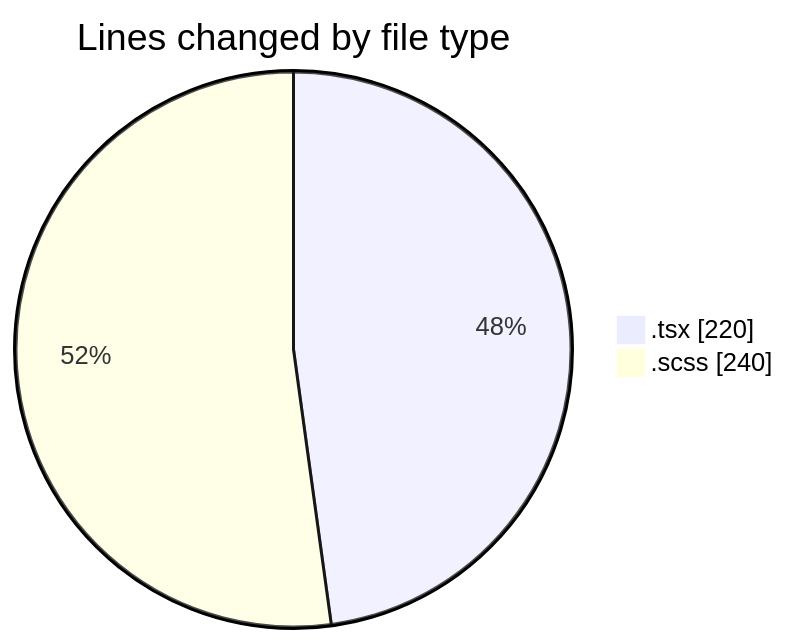
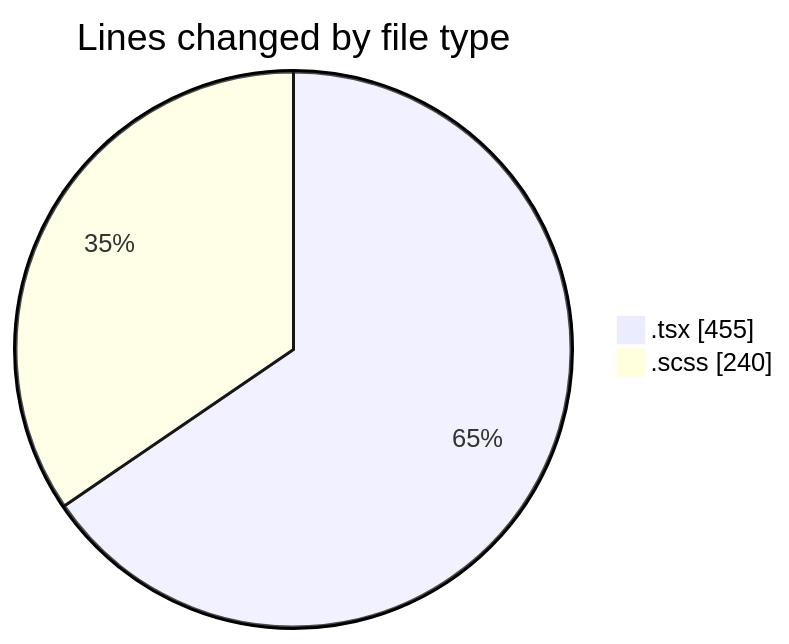
Before and after one commit to momahboobian/code-tracking: the first of 2 diagrams in 2026-06-17/cda/README.md, drawn with Mermaid. The commit also changed other lines of this file and 1 other file, not shown here.

````diff
--- a/2026-06-17/cda/README.md
+++ b/2026-06-17/cda/README.md
@@ -26,6 +30,6 @@
 ```mermaid
 pie showData
 title Lines changed by file type
-".tsx" : 220
+".tsx" : 455
 ".scss" : 240
 ```
````
